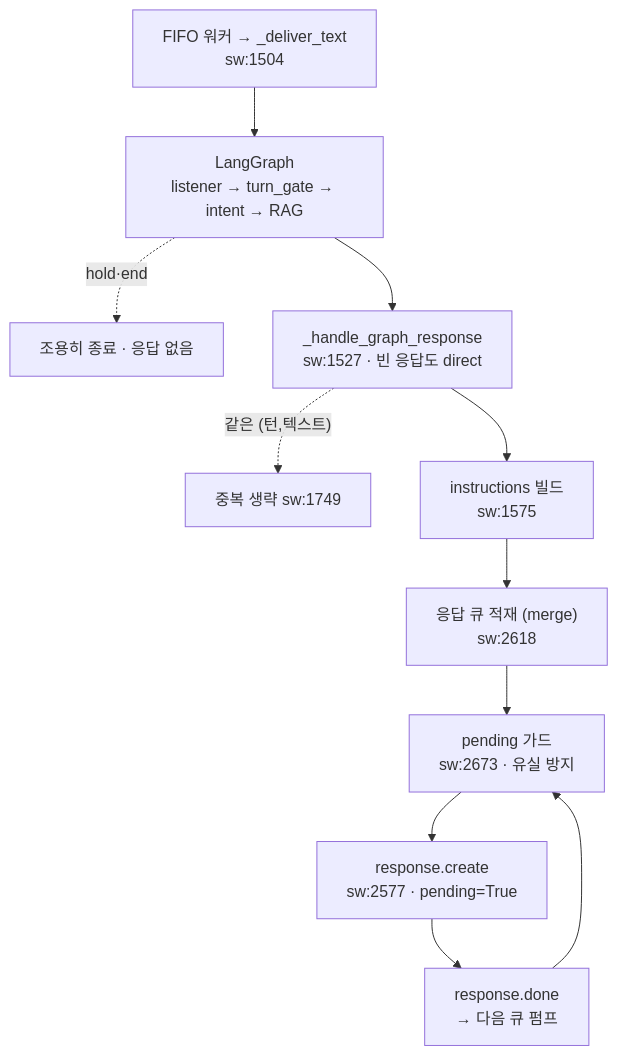
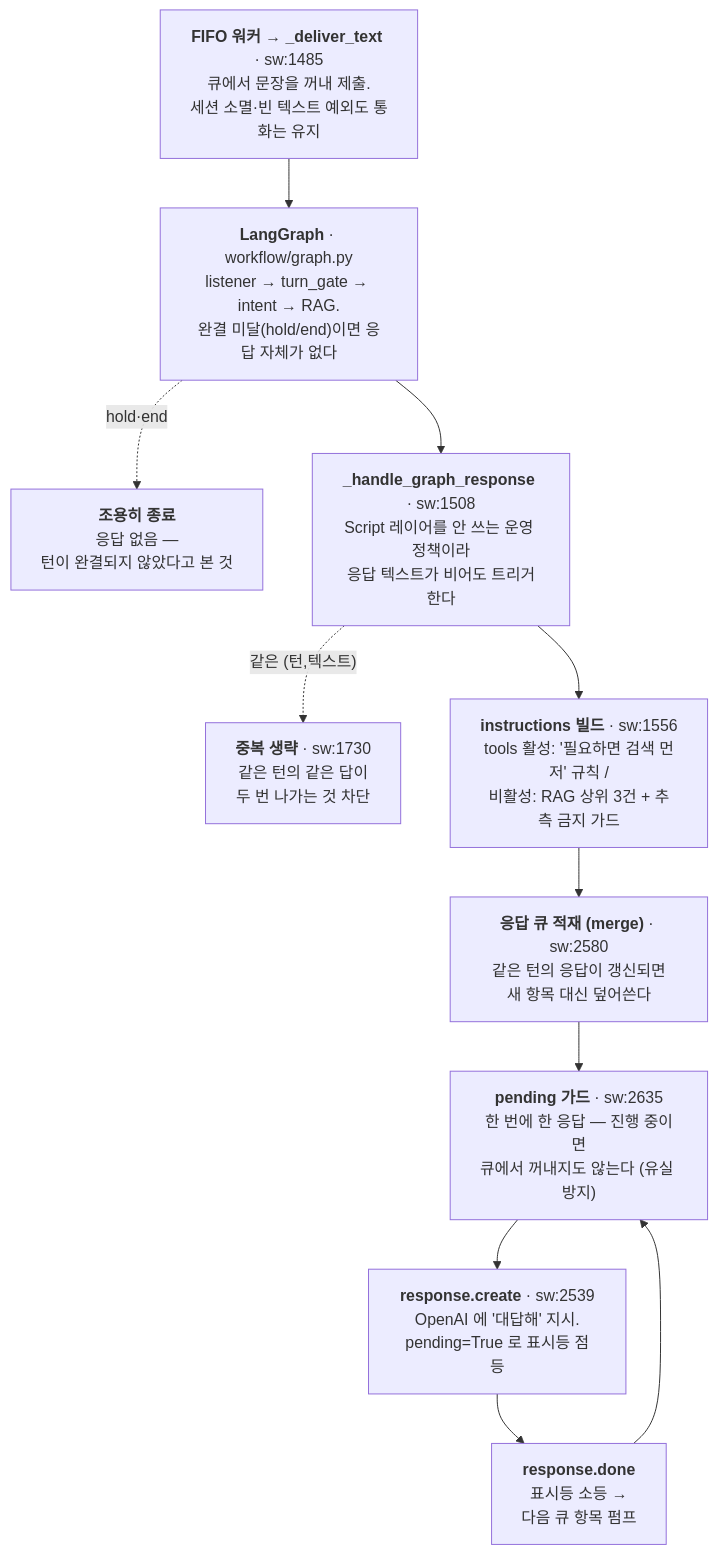
Before and after one commit to yeotaeho/asadal_obsidian: the fifth of 7 diagrams in 아사달/프로젝트/AI음성/AI음성 - 런타임 플로우.md, drawn with Mermaid. The commit also changed other lines of this file and 21 other files, not shown here.

````diff
--- a/아사달/프로젝트/AI음성/AI음성 - 런타임 플로우.md
+++ b/아사달/프로젝트/AI음성/AI음성 - 런타임 플로우.md
@@ -146,13 +293,13 @@
 ```mermaid
 flowchart TD
-    L1["FIFO 워커 → _deliver_text<br/>sw:1504"] --> L2["LangGraph<br/>listener → turn_gate → intent → RAG"]
-    L2 -.->|"hold·end"| L0["조용히 종료 · 응답 없음"]
-    L2 --> L3["_handle_graph_response<br/>sw:1527 · 빈 응답도 direct"]
-    L3 -.->|"같은 (턴,텍스트)"| L4["중복 생략 sw:1749"]
-    L3 --> L5["instructions 빌드<br/>sw:1575"]
-    L5 --> L6["응답 큐 적재 (merge)<br/>sw:2618"]
-    L6 --> L7["pending 가드<br/>sw:2673 · 유실 방지"]
-    L7 --> L8["response.create<br/>sw:2577 · pending=True"]
-    L8 --> L9["response.done<br/>→ 다음 큐 펌프"]
+    L1["<b>FIFO 워커 → _deliver_text</b> · sw:1485<br/>큐에서 문장을 꺼내 제출.<br/>세션 소멸·빈 텍스트 예외도 통화는 유지"] --> L2["<b>LangGraph</b> · workflow/graph.py<br/>listener → turn_gate → intent → RAG.<br/>완결 미달(hold/end)이면 응답 자체가 없다"]
+    L2 -.->|"hold·end"| L0["<b>조용히 종료</b><br/>응답 없음 —<br/>턴이 완결되지 않았다고 본 것"]
+    L2 --> L3["<b>_handle_graph_response</b> · sw:1508<br/>Script 레이어를 안 쓰는 운영 정책이라<br/>응답 텍스트가 비어도 트리거한다"]
+    L3 -.->|"같은 (턴,텍스트)"| L4["<b>중복 생략</b> · sw:1730<br/>같은 턴의 같은 답이<br/>두 번 나가는 것 차단"]
+    L3 --> L5["<b>instructions 빌드</b> · sw:1556<br/>tools 활성: '필요하면 검색 먼저' 규칙 /<br/>비활성: RAG 상위 3건 + 추측 금지 가드"]
+    L5 --> L6["<b>응답 큐 적재 (merge)</b> · sw:2580<br/>같은 턴의 응답이 갱신되면<br/>새 항목 대신 덮어쓴다"]
+    L6 --> L7["<b>pending 가드</b> · sw:2635<br/>한 번에 한 응답 — 진행 중이면<br/>큐에서 꺼내지도 않는다 (유실 방지)"]
+    L7 --> L8["<b>response.create</b> · sw:2539<br/>OpenAI 에 '대답해' 지시.<br/>pending=True 로 표시등 점등"]
+    L8 --> L9["<b>response.done</b><br/>표시등 소등 →<br/>다음 큐 항목 펌프"]
     L9 --> L7
 ```
````
